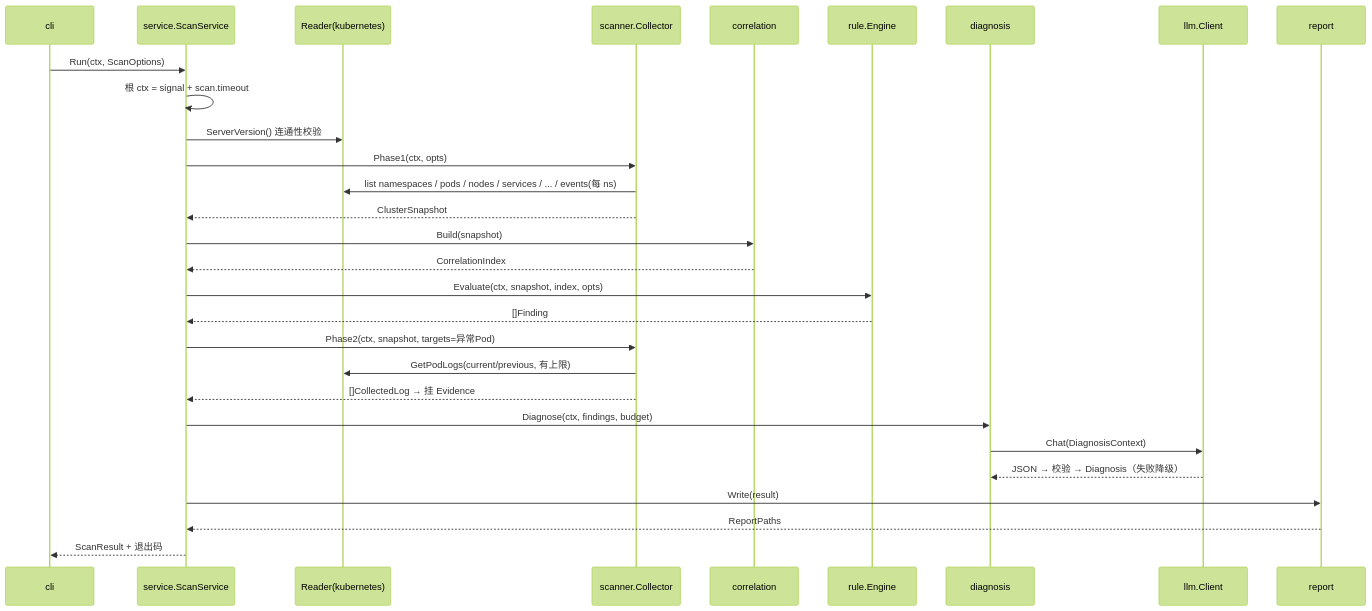
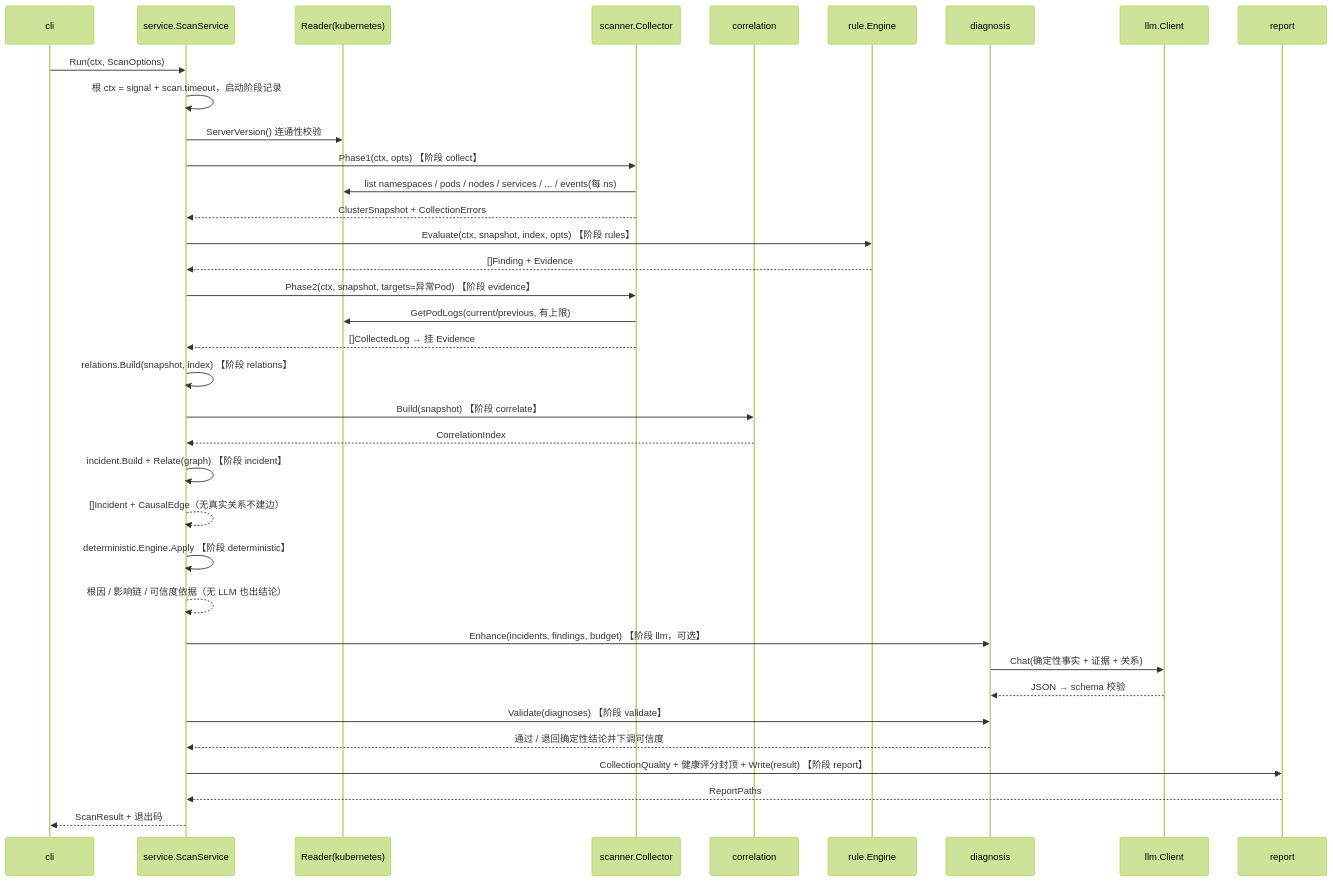
The second of 4 diagrams in docs/02-架构与设计/07-采集与扫描流程.md (markguo123/k8s-ai), drawn with Mermaid (forest theme) before and after one commit. The commit also changed other lines of this file and 10 other files, not shown here.

````diff
--- a/docs/02-架构与设计/07-采集与扫描流程.md
+++ b/docs/02-架构与设计/07-采集与扫描流程.md
@@ -9,32 +51,39 @@
 ```mermaid
 sequenceDiagram
     participant CLI as cli
     participant SVC as service.ScanService
     participant RD as Reader(kubernetes)
     participant SC as scanner.Collector
     participant CO as correlation
     participant RU as rule.Engine
     participant DI as diagnosis
     participant LLM as llm.Client
     participant RP as report
 
     CLI->>SVC: Run(ctx, ScanOptions)
-    SVC->>SVC: 根 ctx = signal + scan.timeout
+    SVC->>SVC: 根 ctx = signal + scan.timeout，启动阶段记录
     SVC->>RD: ServerVersion() 连通性校验
-    SVC->>SC: Phase1(ctx, opts)
+    SVC->>SC: Phase1(ctx, opts)  【阶段 collect】
     SC->>RD: list namespaces / pods / nodes / services / ... / events(每 ns)
-    SC-->>SVC: ClusterSnapshot
-    SVC->>CO: Build(snapshot)
-    CO-->>SVC: CorrelationIndex
-    SVC->>RU: Evaluate(ctx, snapshot, index, opts)
-    RU-->>SVC: []Finding
-    SVC->>SC: Phase2(ctx, snapshot, targets=异常Pod)
+    SC-->>SVC: ClusterSnapshot + CollectionErrors
+    SVC->>RU: Evaluate(ctx, snapshot, index, opts)  【阶段 rules】
+    RU-->>SVC: []Finding + Evidence
+    SVC->>SC: Phase2(ctx, snapshot, targets=异常Pod)  【阶段 evidence】
     SC->>RD: GetPodLogs(current/previous, 有上限)
     SC-->>SVC: []CollectedLog → 挂 Evidence
-    SVC->>DI: Diagnose(ctx, findings, budget)
-    DI->>LLM: Chat(DiagnosisContext)
-    LLM-->>DI: JSON → 校验 → Diagnosis（失败降级）
-    SVC->>RP: Write(result)
+    SVC->>SVC: relations.Build(snapshot, index)  【阶段 relations】
+    SVC->>CO: Build(snapshot)  【阶段 correlate】
+    CO-->>SVC: CorrelationIndex
+    SVC->>SVC: incident.Build + Relate(graph)  【阶段 incident】
+    SVC-->>SVC: []Incident + CausalEdge（无真实关系不建边）
+    SVC->>SVC: deterministic.Engine.Apply  【阶段 deterministic】
+    SVC-->>SVC: 根因 / 影响链 / 可信度依据（无 LLM 也出结论）
+    SVC->>DI: Enhance(incidents, findings, budget)  【阶段 llm，可选】
+    DI->>LLM: Chat(确定性事实 + 证据 + 关系)
+    LLM-->>DI: JSON → schema 校验
+    SVC->>DI: Validate(diagnoses)  【阶段 validate】
+    DI-->>SVC: 通过 / 退回确定性结论并下调可信度
+    SVC->>RP: CollectionQuality + 健康评分封顶 + Write(result)  【阶段 report】
     RP-->>SVC: ReportPaths
     SVC-->>CLI: ScanResult + 退出码
 ```
````
